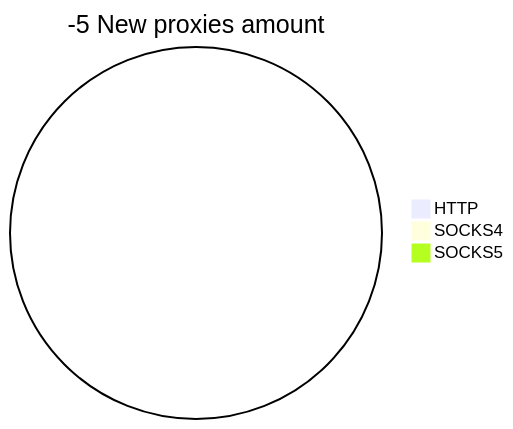
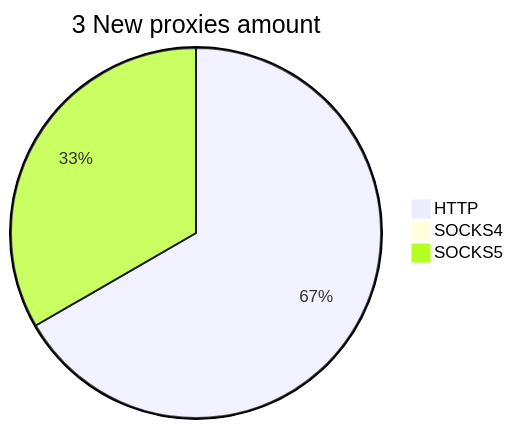
Before and after one commit to cutipu/proxylist: the second of 2 diagrams in README.md, drawn with Mermaid. The commit also changed other lines of this file, not shown here.

````diff
--- a/README.md
+++ b/README.md
@@ -17,6 +17,6 @@
 ```mermaid
-pie title -5 New proxies amount
-    "HTTP" : 0
+pie title 3 New proxies amount
+    "HTTP" : 2
     "SOCKS4" : 0
-    "SOCKS5" : 0
+    "SOCKS5" : 1
 ```
````
